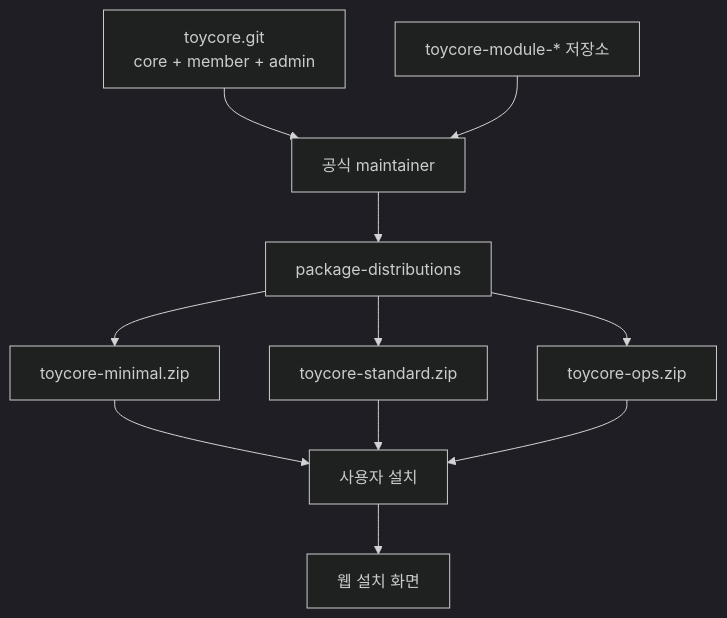
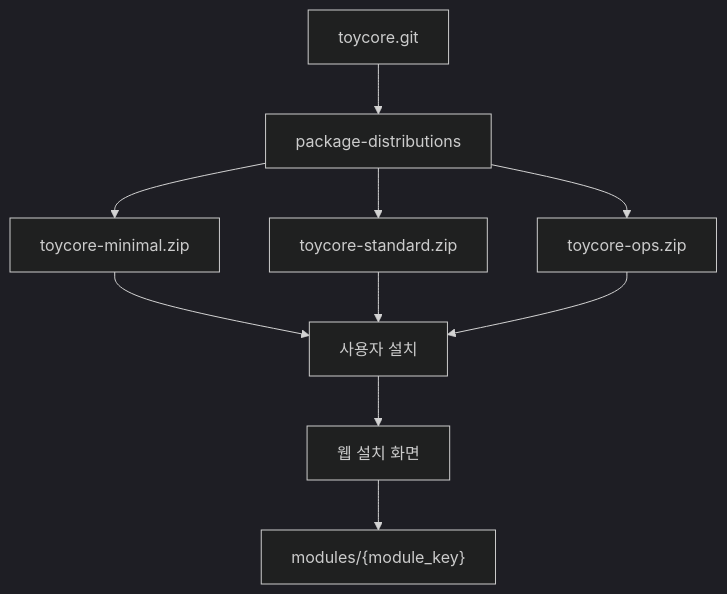
One commit to whitedot/saanraan changed the diagram in docs/deployment-examples.md. Above: the diagram before and after it, drawn with Mermaid (dark theme). The commit also changed other lines of this file and 107 other files, not shown here.

````diff
--- a/docs/deployment-examples.md
+++ b/docs/deployment-examples.md
@@ -68,13 +63,12 @@
 ```mermaid
 flowchart TD
-    core["toycore.git<br/>core + member + admin"] --> maker["공식 maintainer"]
-    modules["toycore-module-* 저장소"] --> maker
-    maker --> package["package-distributions"]
+    repo["toycore.git"] --> package["package-distributions"]
     package --> minimal["toycore-minimal.zip"]
     package --> standard["toycore-standard.zip"]
     package --> ops["toycore-ops.zip"]
     minimal --> user["사용자 설치"]
     standard --> user
     ops --> user
     user --> install["웹 설치 화면"]
+    install --> modules["modules/{module_key}"]
 ```
````
